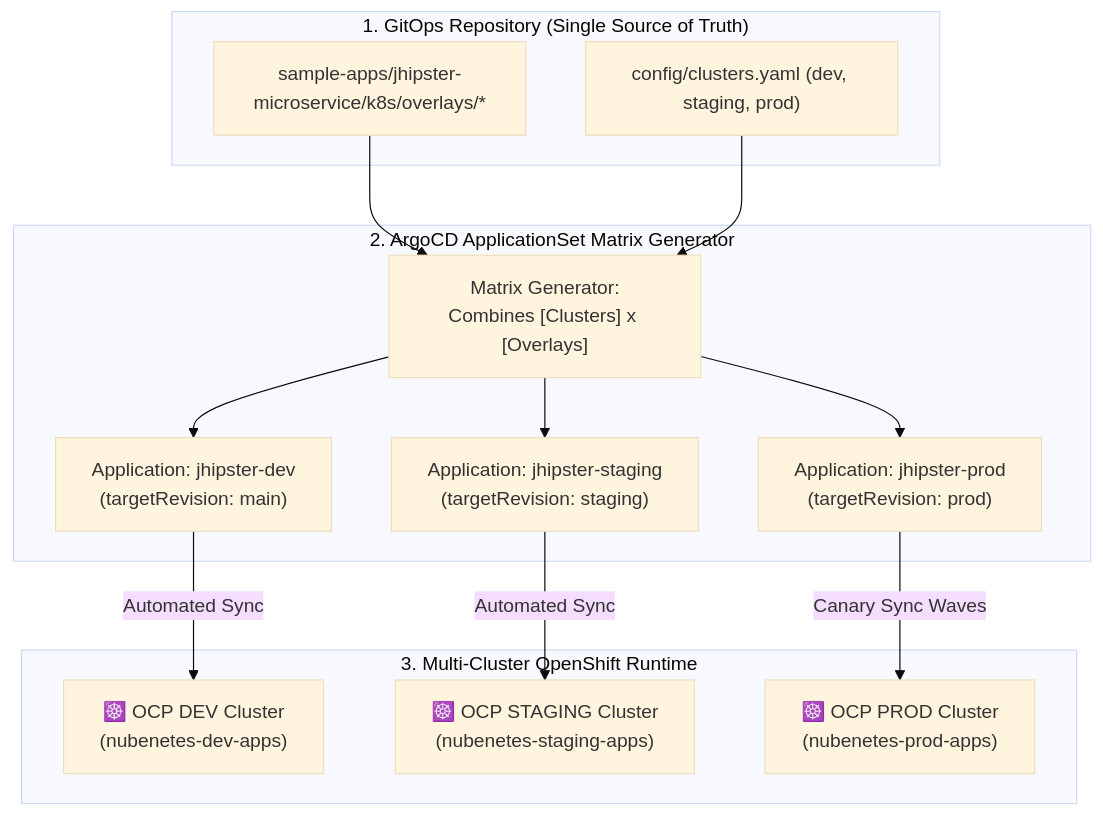
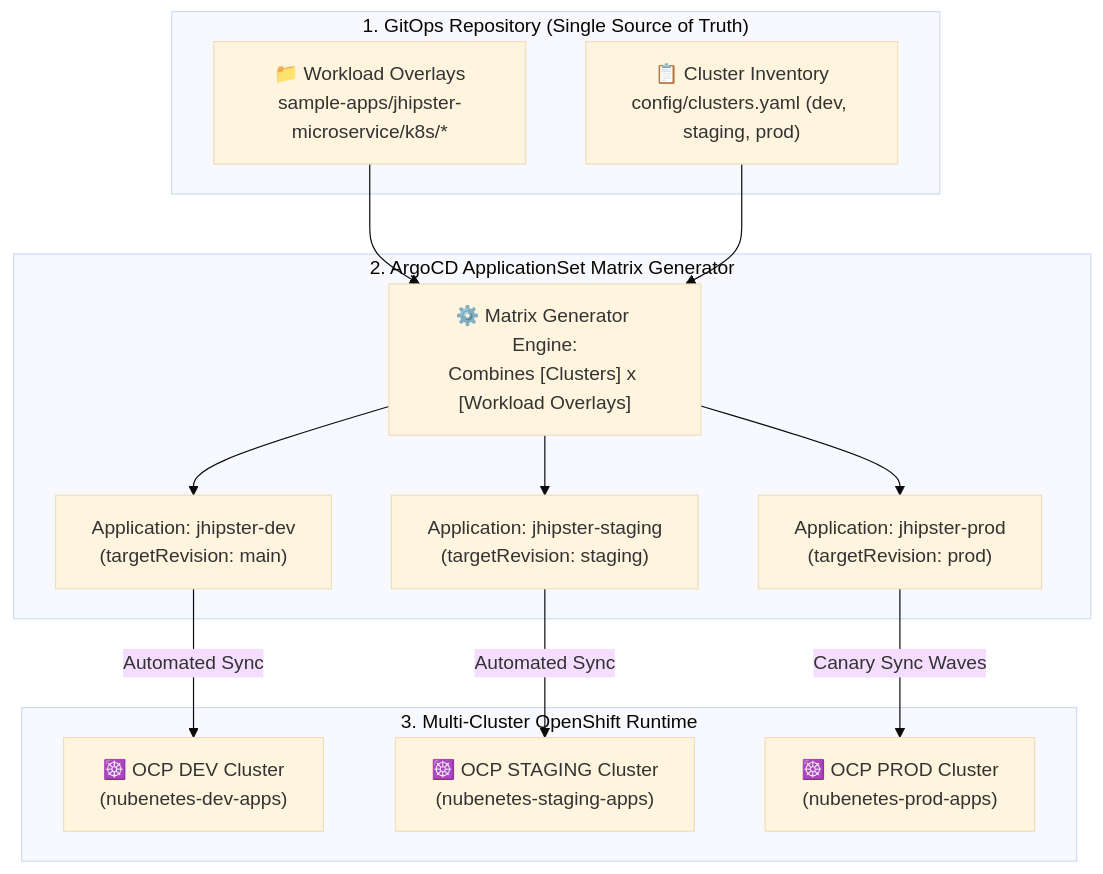
The eighth of 11 diagrams in README.md (nubenetes/jenkins-without-git-parameter), drawn with Mermaid (base theme) before and after one commit. The commit also changed other lines of this file, not shown here.

Commit message:
docs: optimize Mermaid diagram text wrapping, line breaks, and labels to prevent text truncation

````diff
--- a/README.md
+++ b/README.md
@@ -565,26 +565,26 @@
 ```mermaid
 flowchart TB
     subgraph GitOpsSource["1. GitOps Repository (Single Source of Truth)"]
-        Manifests["sample-apps/jhipster-microservice/k8s/overlays/*"]
-        ClusterList["config/clusters.yaml (dev, staging, prod)"]
+        Manifests["📁 Workload Overlays<br/>sample-apps/jhipster-microservice/k8s/*"]
+        ClusterList["📋 Cluster Inventory<br/>config/clusters.yaml (dev, staging, prod)"]
     end
 
     subgraph AppSetEngine["2. ArgoCD ApplicationSet Matrix Generator"]
-        Matrix["Matrix Generator:<br/>Combines [Clusters] x [Overlays]"]
+        Matrix["⚙️ Matrix Generator Engine:<br/>Combines [Clusters] x [Workload Overlays]"]
         AppDev["Application: jhipster-dev<br/>(targetRevision: main)"]
         AppStg["Application: jhipster-staging<br/>(targetRevision: staging)"]
         AppPrd["Application: jhipster-prod<br/>(targetRevision: prod)"]
     end
 
     subgraph TargetClusters["3. Multi-Cluster OpenShift Runtime"]
         OCPDev["☸️ OCP DEV Cluster<br/>(nubenetes-dev-apps)"]
         OCPStg["☸️ OCP STAGING Cluster<br/>(nubenetes-staging-apps)"]
         OCPPrd["☸️ OCP PROD Cluster<br/>(nubenetes-prod-apps)"]
     end
 
     Manifests --> Matrix
     ClusterList --> Matrix
-    Matrix --> AppDev -->|Automated Sync| OCPDev
-    Matrix --> AppStg -->|Automated Sync| OCPStg
-    Matrix --> AppPrd -->|Canary Sync Waves| OCPPrd
+    Matrix --> AppDev -->|"Automated Sync"| OCPDev
+    Matrix --> AppStg -->|"Automated Sync"| OCPStg
+    Matrix --> AppPrd -->|"Canary Sync Waves"| OCPPrd
 ```
````
